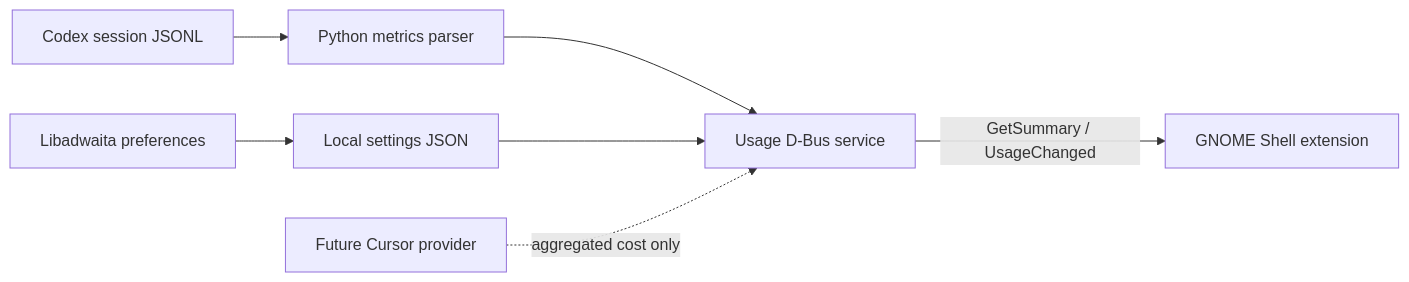
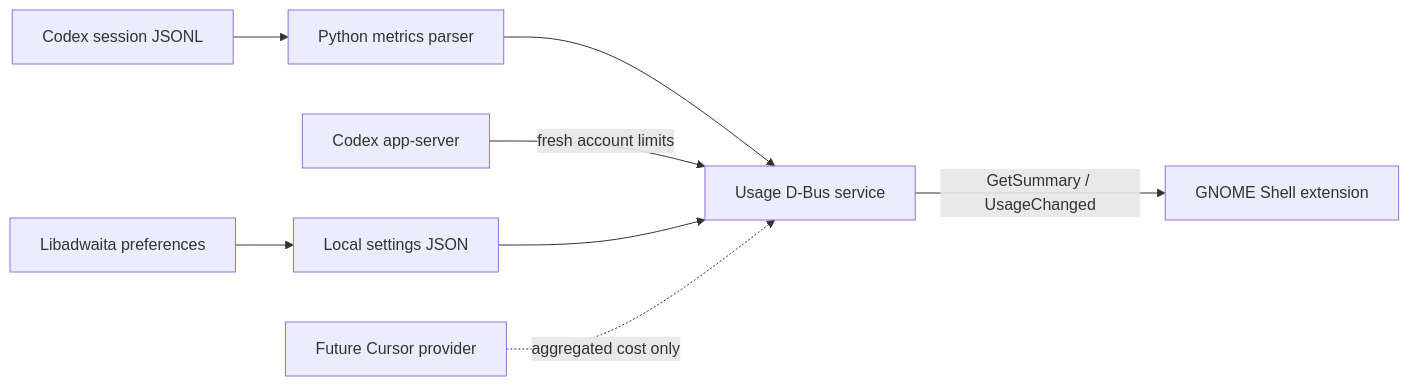
One commit to Owen-Liuyuxuan/codex-usage-supervisor changed the diagram in docs/ARCHITECTURE.md. Above: the diagram before and after it, drawn with Mermaid. The commit also changed other lines of this file and 13 other files, not shown here.

Commit message:
Refresh Codex limits from account backend

````diff
--- a/docs/ARCHITECTURE.md
+++ b/docs/ARCHITECTURE.md
@@ -6,9 +6,10 @@
 ```mermaid
 flowchart LR
     A["Codex session JSONL"] --> B["Python metrics parser"]
     B --> C["Usage D-Bus service"]
+    H["Codex app-server"] -->|"fresh account limits"| C
     C -->|"GetSummary / UsageChanged"| D["GNOME Shell extension"]
     E["Libadwaita preferences"] --> F["Local settings JSON"]
     F --> C
     G["Future Cursor provider"] -. "aggregated cost only" .-> C
 ```
````
